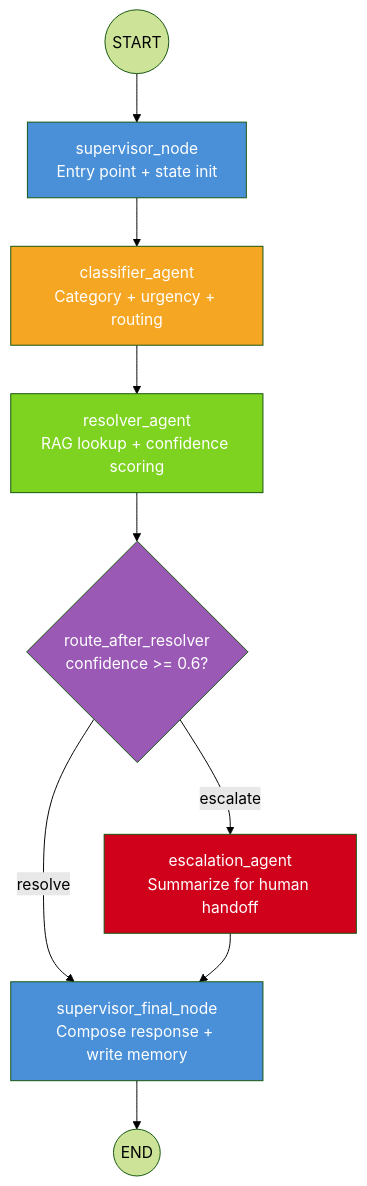
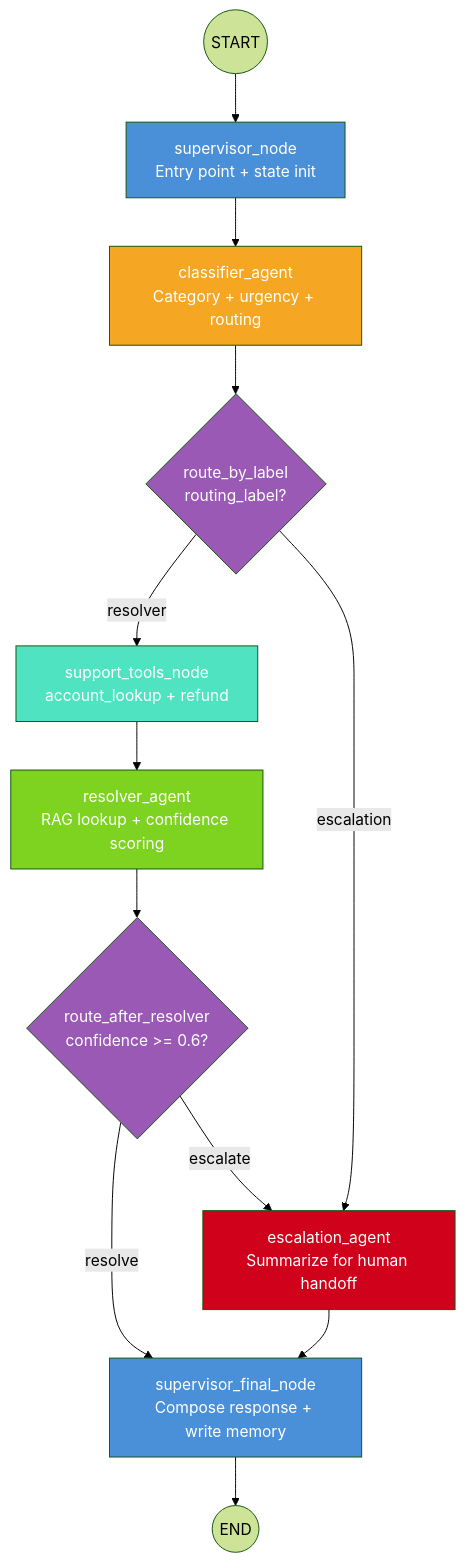
The diagram in solution/agentic/design/architecture.md (EduardoNicacio/Udacity_Agentic_AI_Engineer_LangChain_LangGraph_P3_Autonomous_Knowledge_Agent), drawn with Mermaid (forest theme) before and after one commit. The commit also changed other lines of this file and 14 other files, not shown here.

````diff
--- a/solution/agentic/design/architecture.md
+++ b/solution/agentic/design/architecture.md
@@ -11,18 +11,23 @@
 ```mermaid
 graph TD
     START((START)) --> SUPERVISOR[supervisor_node<br/>Entry point + state init]
     SUPERVISOR --> CLASSIFIER[classifier_agent<br/>Category + urgency + routing]
-    CLASSIFIER --> RESOLVER[resolver_agent<br/>RAG lookup + confidence scoring]
-    RESOLVER --> ROUTE{route_after_resolver<br/>confidence >= 0.6?}
-    ROUTE -->|resolve| SUPERVISOR_FINAL[supervisor_final_node<br/>Compose response + write memory]
-    ROUTE -->|escalate| ESCALATION[escalation_agent<br/>Summarize for human handoff]
+    CLASSIFIER --> ROUTE_LABEL{route_by_label<br/>routing_label?}
+    ROUTE_LABEL -->|resolver| SUPPORT_TOOLS[support_tools_node<br/>account_lookup + refund]
+    ROUTE_LABEL -->|escalation| ESCALATION[escalation_agent<br/>Summarize for human handoff]
+    SUPPORT_TOOLS --> RESOLVER[resolver_agent<br/>RAG lookup + confidence scoring]
+    RESOLVER --> ROUTE_CONF{route_after_resolver<br/>confidence >= 0.6?}
+    ROUTE_CONF -->|resolve| SUPERVISOR_FINAL[supervisor_final_node<br/>Compose response + write memory]
+    ROUTE_CONF -->|escalate| ESCALATION
     ESCALATION --> SUPERVISOR_FINAL
     SUPERVISOR_FINAL --> END((END))
 
     style SUPERVISOR fill:#4a90d9,color:#fff
     style CLASSIFIER fill:#f5a623,color:#fff
+    style SUPPORT_TOOLS fill:#50e3c2,color:#fff
     style RESOLVER fill:#7ed321,color:#fff
     style ESCALATION fill:#d0021b,color:#fff
     style SUPERVISOR_FINAL fill:#4a90d9,color:#fff
-    style ROUTE fill:#9b59b6,color:#fff
+    style ROUTE_LABEL fill:#9b59b6,color:#fff
+    style ROUTE_CONF fill:#9b59b6,color:#fff
 ```
````
